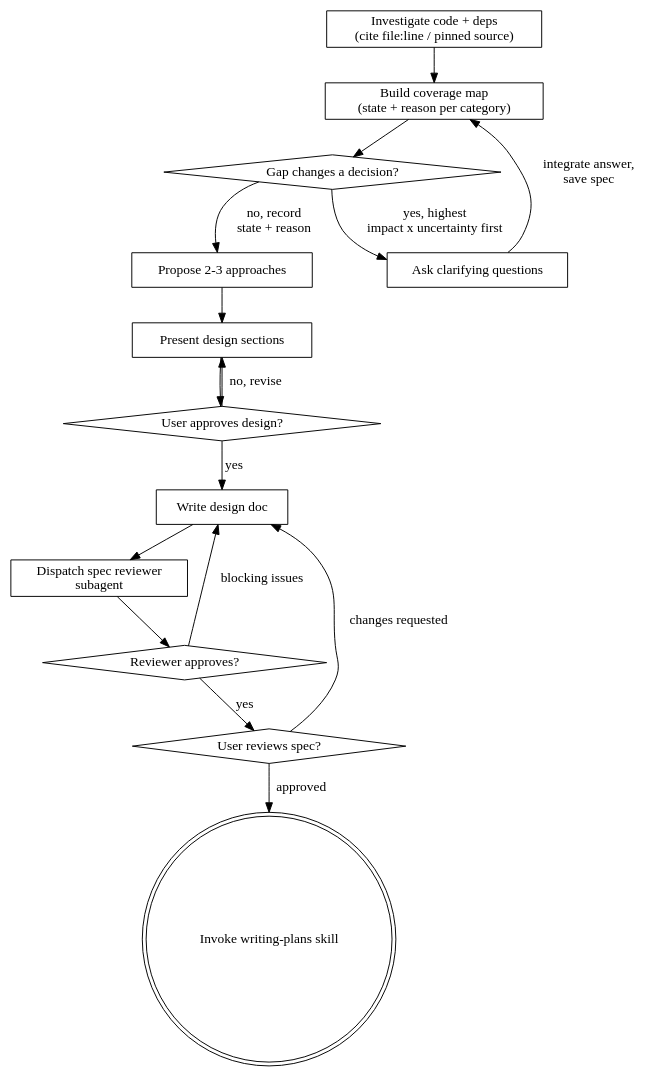
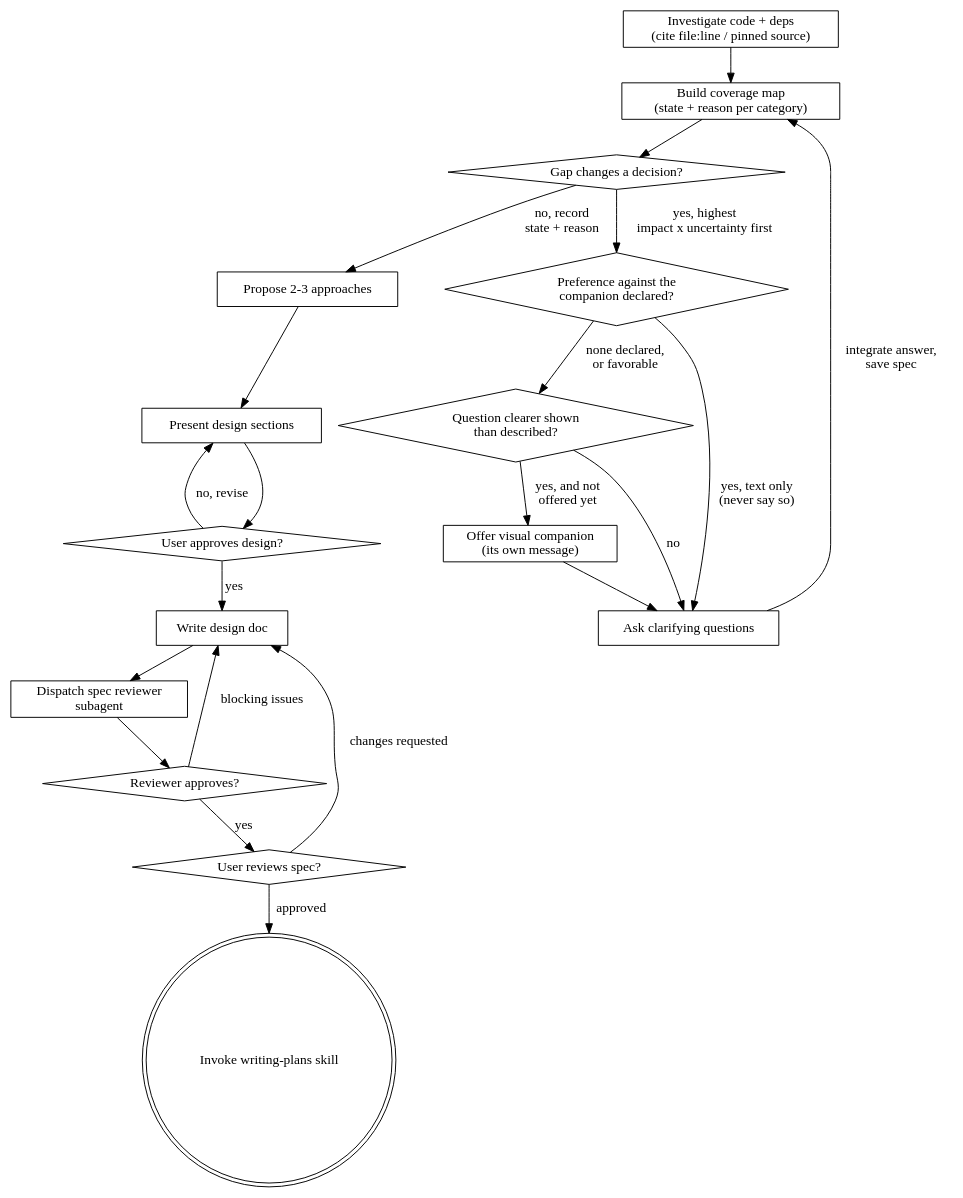
The diagram in skills/brainstorming/SKILL.md (rodrigopaitach/superpowersplus), drawn with Graphviz before and after one commit. The commit also changed other lines of this file, not shown here.

````diff
--- a/skills/brainstorming/SKILL.md
+++ b/skills/brainstorming/SKILL.md
@@ -41,32 +41,40 @@
 ```dot
 digraph brainstorming {
     "Investigate code + deps\n(cite file:line / pinned source)" [shape=box];
     "Build coverage map\n(state + reason per category)" [shape=box];
     "Gap changes a decision?" [shape=diamond];
+    "Preference against the\ncompanion declared?" [shape=diamond];
+    "Question clearer shown\nthan described?" [shape=diamond];
+    "Offer visual companion\n(its own message)" [shape=box];
     "Ask clarifying questions" [shape=box];
     "Propose 2-3 approaches" [shape=box];
     "Present design sections" [shape=box];
     "User approves design?" [shape=diamond];
     "Write design doc" [shape=box];
     "Dispatch spec reviewer\nsubagent" [shape=box];
     "Reviewer approves?" [shape=diamond];
     "User reviews spec?" [shape=diamond];
     "Invoke writing-plans skill" [shape=doublecircle];
 
     "Investigate code + deps\n(cite file:line / pinned source)" -> "Build coverage map\n(state + reason per category)";
     "Build coverage map\n(state + reason per category)" -> "Gap changes a decision?";
-    "Gap changes a decision?" -> "Ask clarifying questions" [label="yes, highest\nimpact x uncertainty first"];
+    "Gap changes a decision?" -> "Preference against the\ncompanion declared?" [label="yes, highest\nimpact x uncertainty first"];
+    "Preference against the\ncompanion declared?" -> "Ask clarifying questions" [label="yes, text only\n(never say so)"];
+    "Preference against the\ncompanion declared?" -> "Question clearer shown\nthan described?" [label="none declared,\nor favorable"];
+    "Question clearer shown\nthan described?" -> "Offer visual companion\n(its own message)" [label="yes, and not\noffered yet"];
+    "Question clearer shown\nthan described?" -> "Ask clarifying questions" [label="no"];
+    "Offer visual companion\n(its own message)" -> "Ask clarifying questions";
     "Gap changes a decision?" -> "Propose 2-3 approaches" [label="no, record\nstate + reason"];
     "Ask clarifying questions" -> "Build coverage map\n(state + reason per category)" [label="integrate answer,\nsave spec"];
     "Propose 2-3 approaches" -> "Present design sections";
     "Present design sections" -> "User approves design?";
     "User approves design?" -> "Present design sections" [label="no, revise"];
     "User approves design?" -> "Write design doc" [label="yes"];
     "Write design doc" -> "Dispatch spec reviewer\nsubagent";
     "Dispatch spec reviewer\nsubagent" -> "Reviewer approves?";
     "Reviewer approves?" -> "Write design doc" [label="blocking issues"];
     "Reviewer approves?" -> "User reviews spec?" [label="yes"];
     "User reviews spec?" -> "Write design doc" [label="changes requested"];
     "User reviews spec?" -> "Invoke writing-plans skill" [label="approved"];
 }
 ```
````
